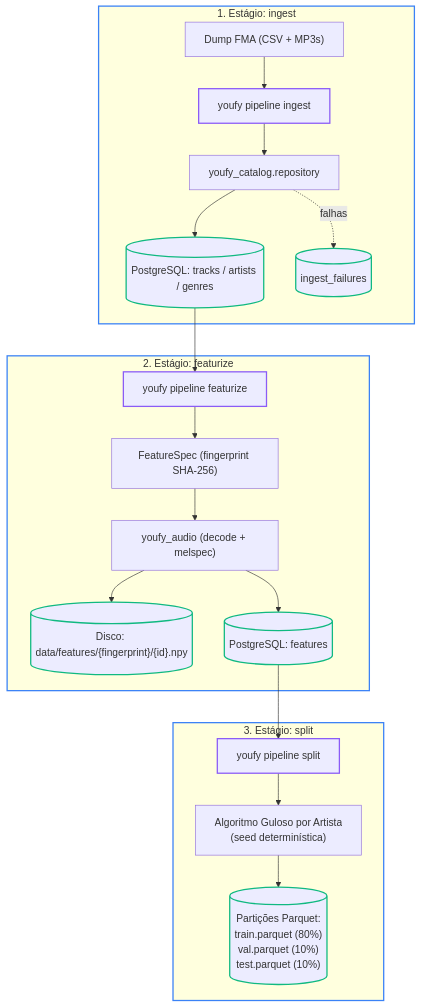
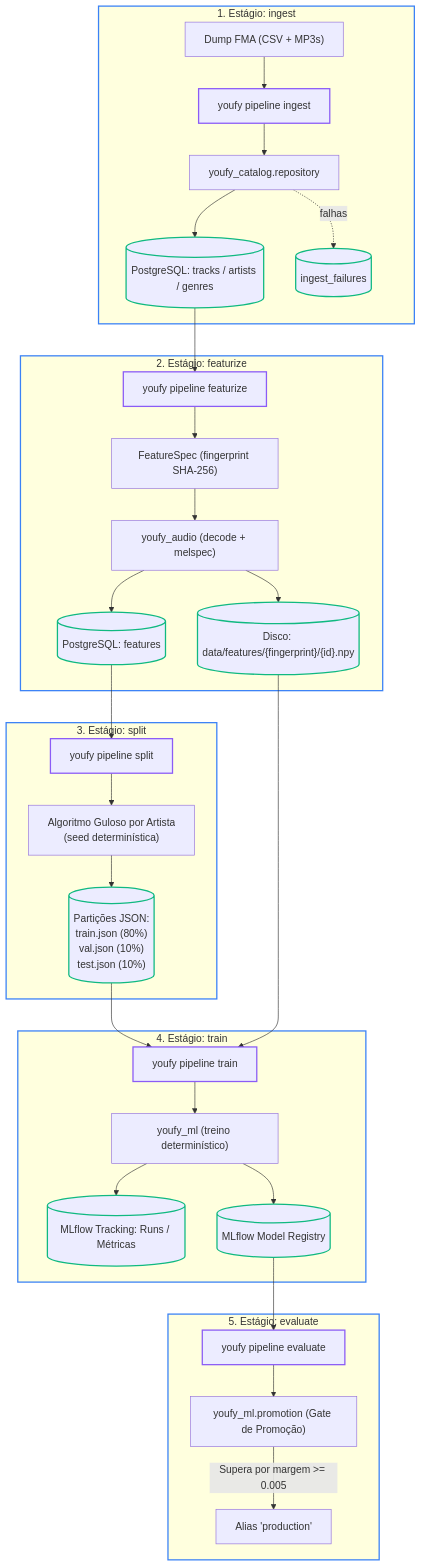
One commit to Oseiasdfarias/youfy changed the diagram in docs/pacotes/pipelines.md. Above: the diagram before and after it, drawn with Mermaid. The commit also changed other lines of this file and 5 other files, not shown here.

````diff
--- a/docs/pacotes/pipelines.md
+++ b/docs/pacotes/pipelines.md
@@ -53,30 +59,44 @@
 ```mermaid
 flowchart TD
     subgraph S1["1. Estágio: ingest"]
         FMA["Dump FMA (CSV + MP3s)"] --> CLI1["youfy pipeline ingest"]
         CLI1 --> Repo["youfy_catalog.repository"]
         Repo --> DB[("PostgreSQL: tracks / artists / genres")]
         Repo -. falhas .-> Quarantine[("ingest_failures")]
     end
 
     subgraph S2["2. Estágio: featurize"]
         DB --> CLI2["youfy pipeline featurize"]
         CLI2 --> Spec["FeatureSpec (fingerprint SHA-256)"]
         Spec --> AudioDSP["youfy_audio (decode + melspec)"]
         AudioDSP --> NpyStore[("Disco: data/features/{fingerprint}/{id}.npy")]
         AudioDSP --> DBFeat[("PostgreSQL: features")]
     end
 
     subgraph S3["3. Estágio: split"]
         DBFeat --> CLI3["youfy pipeline split"]
         CLI3 --> Greedy["Algoritmo Guloso por Artista<br/>(seed determinística)"]
-        Greedy --> Parquet[("Partições Parquet:<br/>train.parquet (80%)<br/>val.parquet (10%)<br/>test.parquet (10%)")]
+        Greedy --> SplitsStore[("Partições JSON:<br/>train.json (80%)<br/>val.json (10%)<br/>test.json (10%)")]
+    end
+
+    subgraph S4["4. Estágio: train"]
+        SplitsStore --> CLI4["youfy pipeline train"]
+        NpyStore --> CLI4
+        CLI4 --> MLTrain["youfy_ml (treino determinístico)"]
+        MLTrain --> MLflowRun[("MLflow Tracking: Runs / Métricas")]
+        MLTrain --> MLRegistry[("MLflow Model Registry")]
+    end
+
+    subgraph S5["5. Estágio: evaluate"]
+        MLRegistry --> CLI5["youfy pipeline evaluate"]
+        CLI5 --> Gate["youfy_ml.promotion (Gate de Promoção)"]
+        Gate -->|Supera por margem >= 0.005| Promoted["Alias 'production'"]
     end
 
     classDef stage stroke:#3b82f6,stroke-width:2px;
     classDef storage stroke:#10b981,stroke-width:2px;
     classDef cli stroke:#8b5cf6,stroke-width:2px;
-    class S1,S2,S3 stage;
-    class DB,Quarantine,NpyStore,DBFeat,Parquet storage;
-    class CLI1,CLI2,CLI3 cli;
+    class S1,S2,S3,S4,S5 stage;
+    class DB,Quarantine,NpyStore,DBFeat,SplitsStore,MLflowRun,MLRegistry storage;
+    class CLI1,CLI2,CLI3,CLI4,CLI5 cli;
 ```
````
